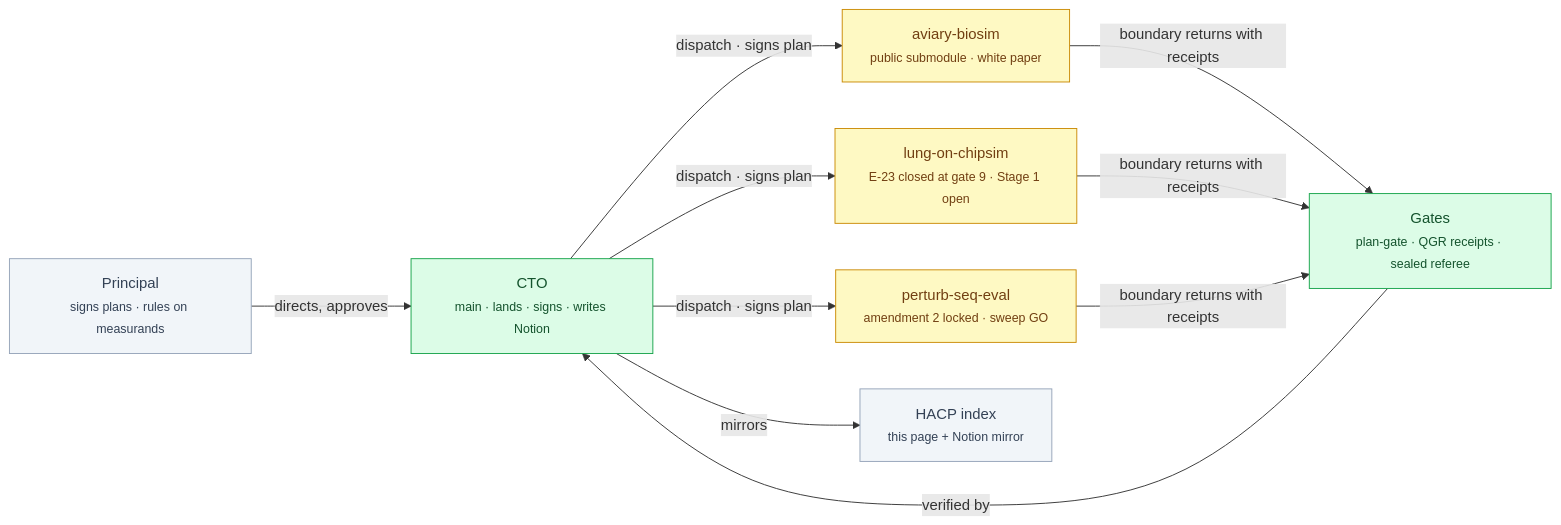
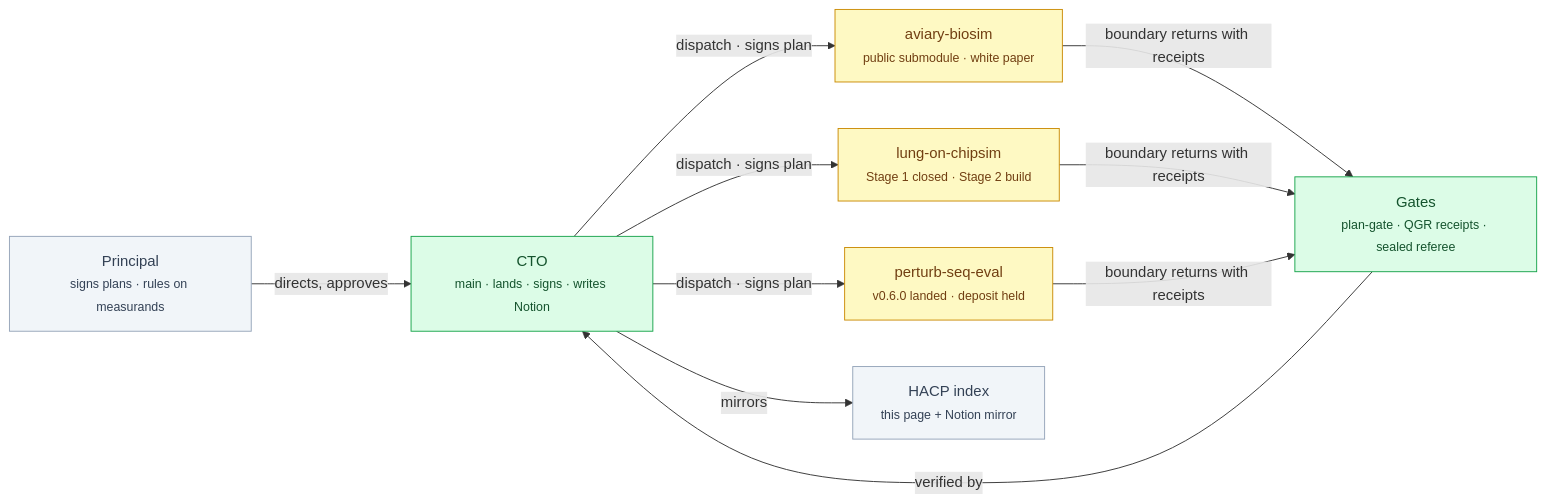
One commit to supmo668/bioFM changed the diagram in docs/hacp/index.md. Above: the diagram before and after it, drawn with Mermaid. The commit also changed other lines of this file and 5 other files, not shown here.

First line of the commit message:
main/cto: misc: coord(hacp+aviary-biosim): sync bioFM HACP to Notion (index/build/eval/decision/aviary index; new Decision row) + A7 rigour review of Aviary-BioSim#2 @ c66e64c — fix-then-merge, 2 BLOCKER / 7 MAJOR / 8 MINOR

````diff
--- a/docs/hacp/index.md
+++ b/docs/hacp/index.md
@@ -28,20 +28,20 @@
 ```mermaid
 flowchart LR
   classDef quiet fill:#f1f5f9,stroke:#94a3b8,color:#334155
   classDef live fill:#fef9c3,stroke:#ca8a04,color:#713f12
   classDef trust fill:#dcfce7,stroke:#16a34a,color:#14532d
   P["Principal<br/><small>signs plans · rules on measurands</small>"]:::quiet
   C["CTO<br/><small>main · lands · signs · writes Notion</small>"]:::trust
   A["aviary-biosim<br/><small>public submodule · white paper</small>"]:::live
-  L["lung-on-chipsim<br/><small>E-23 closed at gate 9 · Stage 1 open</small>"]:::live
-  Q["perturb-seq-eval<br/><small>amendment 2 locked · sweep GO</small>"]:::live
+  L["lung-on-chipsim<br/><small>Stage 1 closed · Stage 2 build</small>"]:::live
+  Q["perturb-seq-eval<br/><small>v0.6.0 landed · deposit held</small>"]:::live
   G["Gates<br/><small>plan-gate · QGR receipts · sealed referee</small>"]:::trust
   N["HACP index<br/><small>this page + Notion mirror</small>"]:::quiet
   P -->|"directs, approves"| C
   C -->|"dispatch · signs plan"| A
   C -->|"dispatch · signs plan"| L
   C -->|"dispatch · signs plan"| Q
   A & L & Q -->|"boundary returns with receipts"| G
   G -->|"verified by"| C
   C -->|"mirrors"| N
 ```
````
